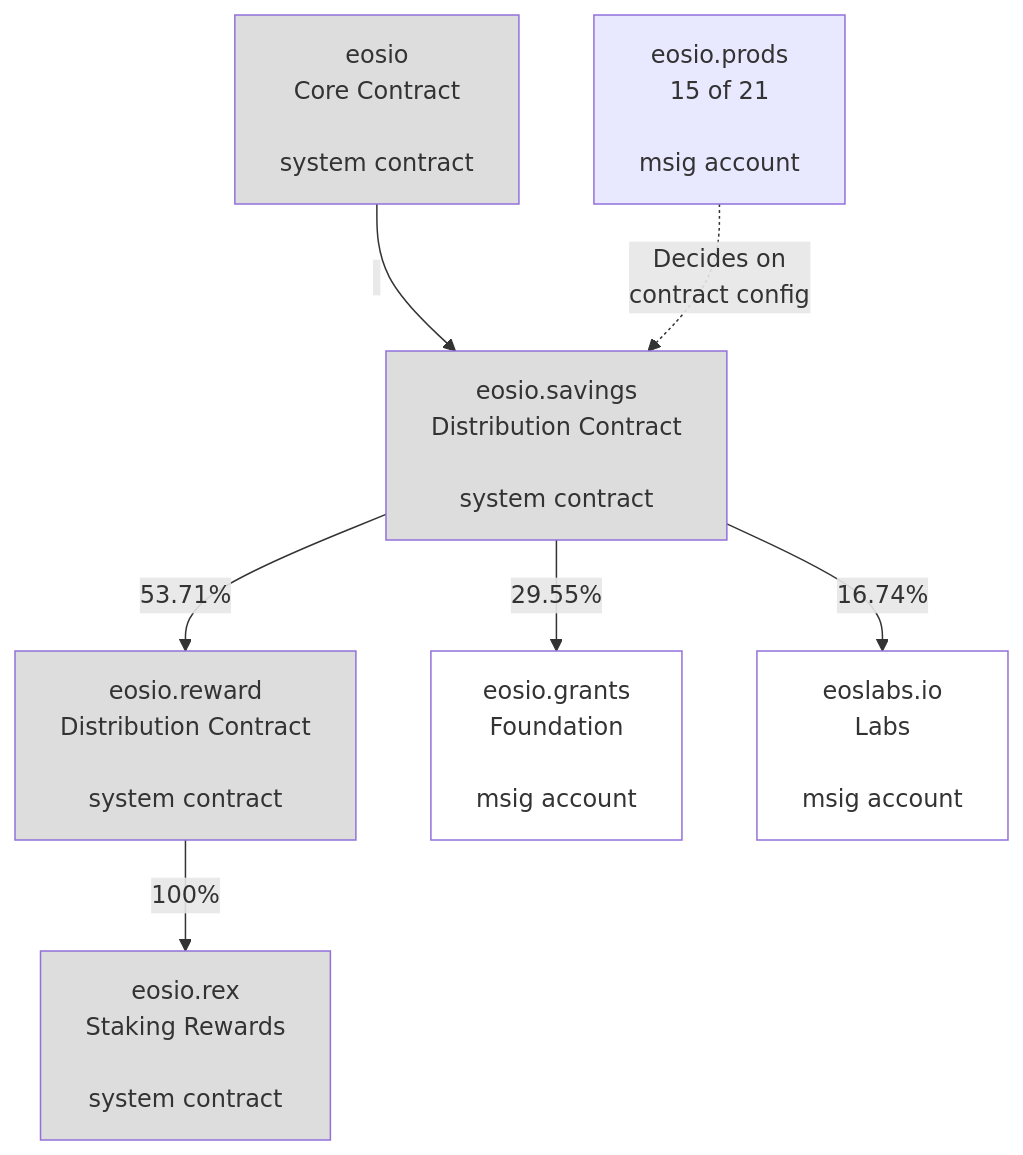
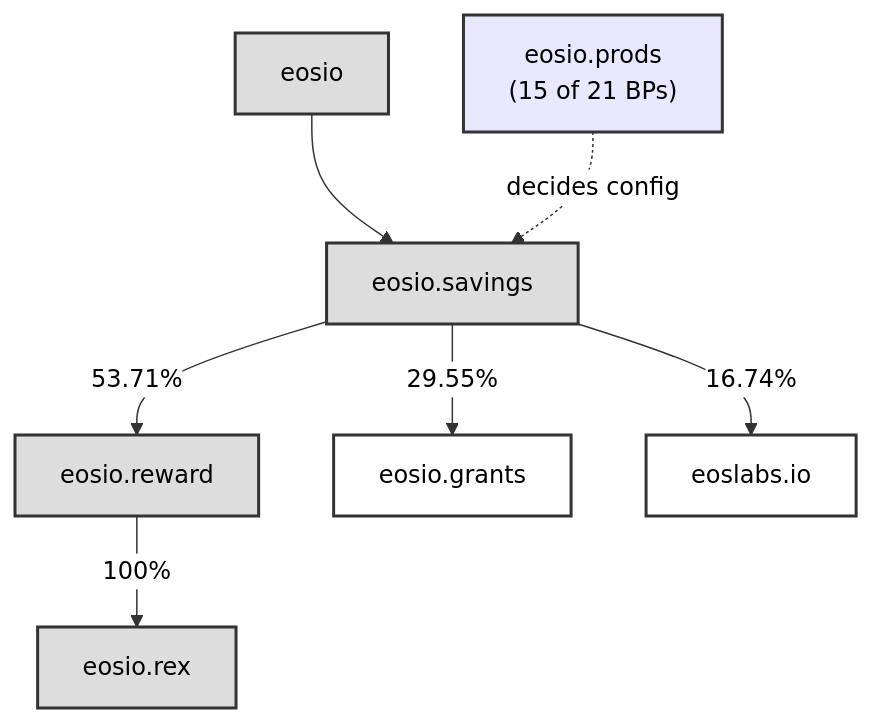
The second of 3 diagrams in documents/stage-1.md (greymass/msigs), drawn with Mermaid before and after one commit. The commit also changed other lines of this file, not shown here.

Commit message:
Diagram updates

````diff
--- a/documents/stage-1.md
+++ b/documents/stage-1.md
@@ -284,25 +285,26 @@
 ```mermaid
+%%{init: {'theme':'base', 'themeVariables': { 'primaryColor':'#fff','primaryTextColor':'#000','primaryBorderColor':'#333','lineColor':'#333','secondaryColor':'#fff','tertiaryColor':'#fff','background':'#fff','mainBkg':'#fff','secondBkg':'#fff','tertiaryBkg':'#fff'}}}%%
 graph TD
-    eosio["eosio<br/>Core Contract<br/><br/>system contract"]
-    eosioprods["eosio.prods<br/>15 of 21<br/><br/>msig account"]
-    eosiosavings["eosio.savings<br/>Distribution Contract<br/><br/>system contract"]
-    eosioreward["eosio.reward<br/>Distribution Contract<br/><br/>system contract"]
-    eosiorex["eosio.rex<br/>Staking Rewards<br/><br/>system contract"]
-    eosiogrants["eosio.grants<br/>Foundation<br/><br/>msig account"]
-    eoslabsio["eoslabs.io<br/>Labs<br/><br/>msig account"]
+    eosio[eosio]
+    eosioprods["eosio.prods<br/>(15 of 21 BPs)"]
+    eosiosavings[eosio.savings]
+    eosioreward[eosio.reward]
+    eosiorex[eosio.rex]
+    eosiogrants[eosio.grants]
+    eoslabsio[eoslabs.io]
     
-    eosio -->|"&nbsp;"| eosiosavings
-    eosioprods -.->|"Decides on<br/>contract config"| eosiosavings
+    eosio --> eosiosavings
+    eosioprods -.->|"decides config"| eosiosavings
     eosiosavings -->|"53.71%"| eosioreward
     eosiosavings -->|"29.55%"| eosiogrants
     eosiosavings -->|"16.74%"| eoslabsio
     eosioreward -->|"100%"| eosiorex
     
-    style eosio fill:#ddd
-    style eosiosavings fill:#ddd
-    style eosioreward fill:#ddd
-    style eosiorex fill:#ddd
-    style eosiogrants fill:#fff
-    style eoslabsio fill:#fff
-    style eosioprods fill:#e8e8ff
+    style eosio fill:#ddd,stroke:#333,stroke-width:2px,color:#000
+    style eosiosavings fill:#ddd,stroke:#333,stroke-width:2px,color:#000
+    style eosioreward fill:#ddd,stroke:#333,stroke-width:2px,color:#000
+    style eosiorex fill:#ddd,stroke:#333,stroke-width:2px,color:#000
+    style eosiogrants fill:#fff,stroke:#333,stroke-width:2px,color:#000
+    style eoslabsio fill:#fff,stroke:#333,stroke-width:2px,color:#000
+    style eosioprods fill:#e8e8ff,stroke:#333,stroke-width:2px,color:#000
 ```
````
